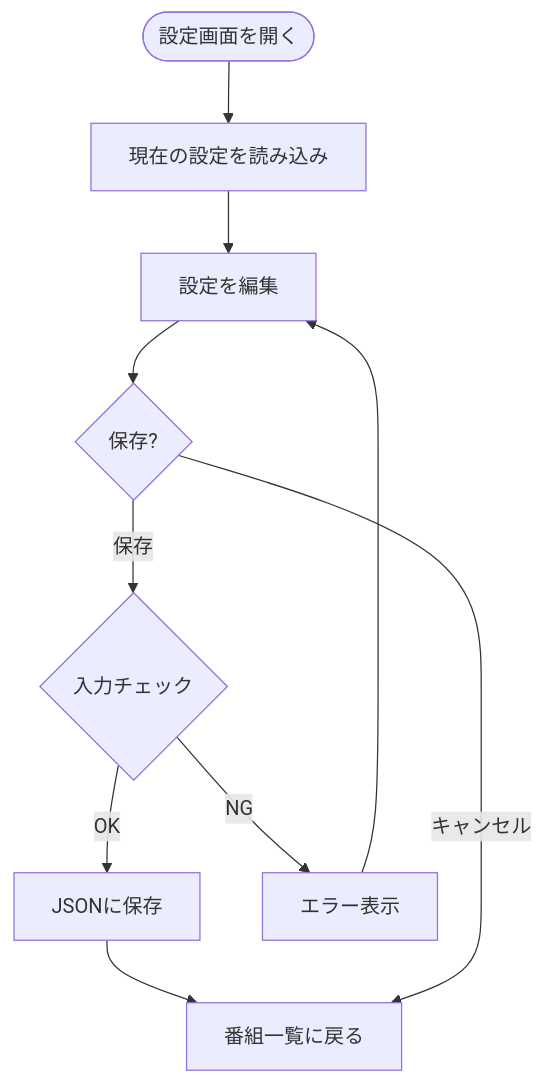
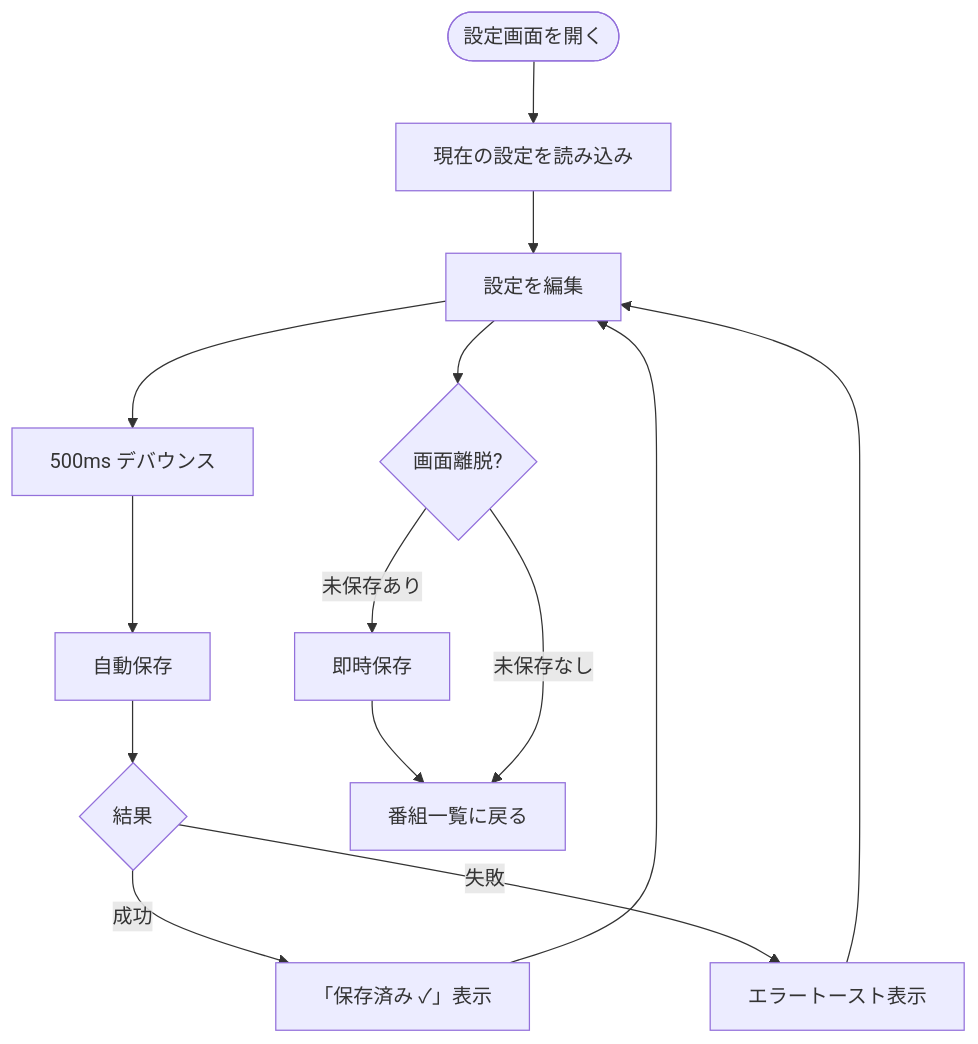
The fifth of 5 diagrams in docs/04-ui-design.md (zenbo/podcast-downloader), drawn with Mermaid before and after one commit. The commit also changed other lines of this file and 3 other files, not shown here.

````diff
--- a/docs/04-ui-design.md
+++ b/docs/04-ui-design.md
@@ -323,12 +320,16 @@
 ```mermaid
 flowchart TD
     Start([設定画面を開く]) --> Load[現在の設定を読み込み]
     Load --> Edit[設定を編集]
-    Edit --> Save{保存?}
-    Save -->|保存| Validate{入力チェック}
-    Validate -->|OK| SaveJSON[JSONに保存]
-    SaveJSON --> Back[番組一覧に戻る]
-    Validate -->|NG| ShowError[エラー表示]
+    Edit --> Debounce[500ms デバウンス]
+    Debounce --> AutoSave[自動保存]
+    AutoSave --> Result{結果}
+    Result -->|成功| ShowSaved[「保存済み ✓」表示]
+    ShowSaved --> Edit
+    Result -->|失敗| ShowError[エラートースト表示]
     ShowError --> Edit
-    Save -->|キャンセル| Back
+    Edit --> Leave{画面離脱?}
+    Leave -->|未保存あり| Flush[即時保存]
+    Flush --> Back[番組一覧に戻る]
+    Leave -->|未保存なし| Back
 ```
````
